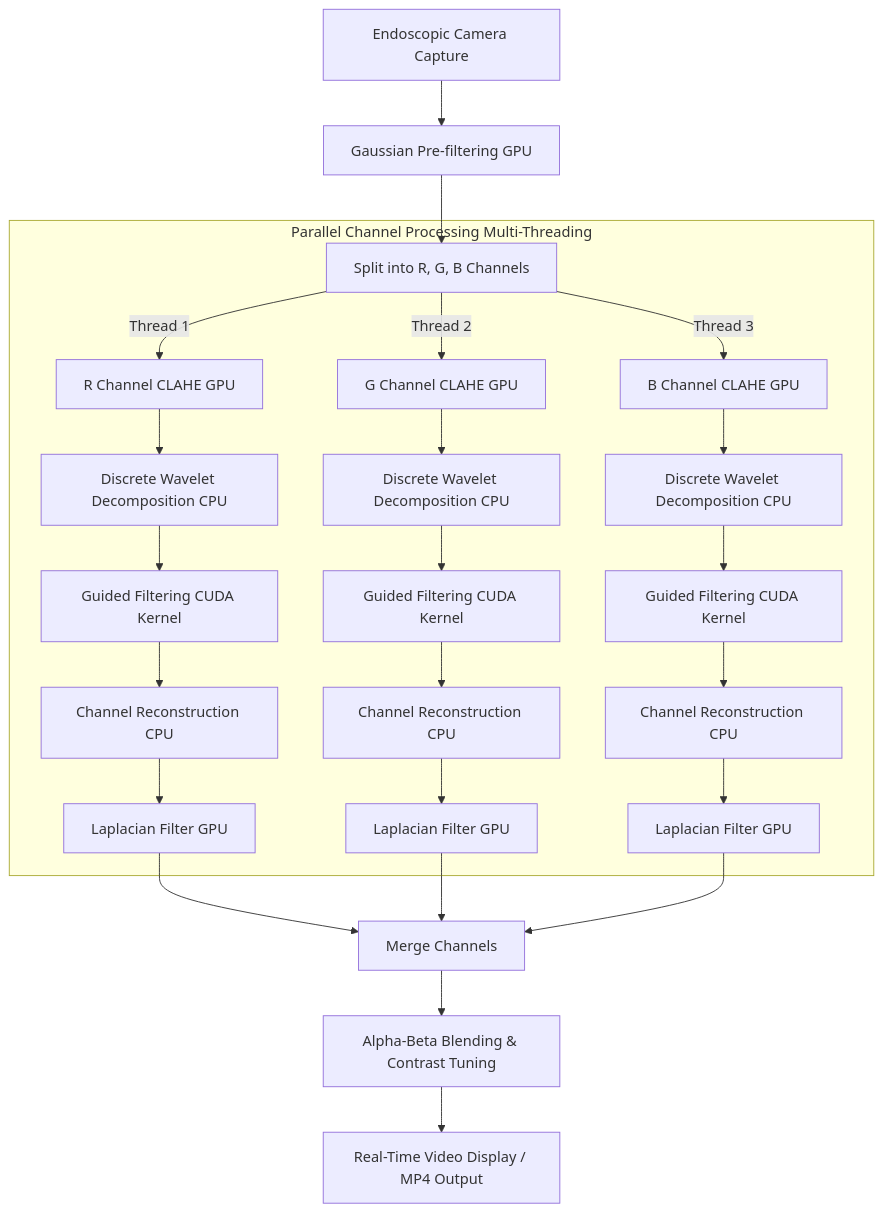
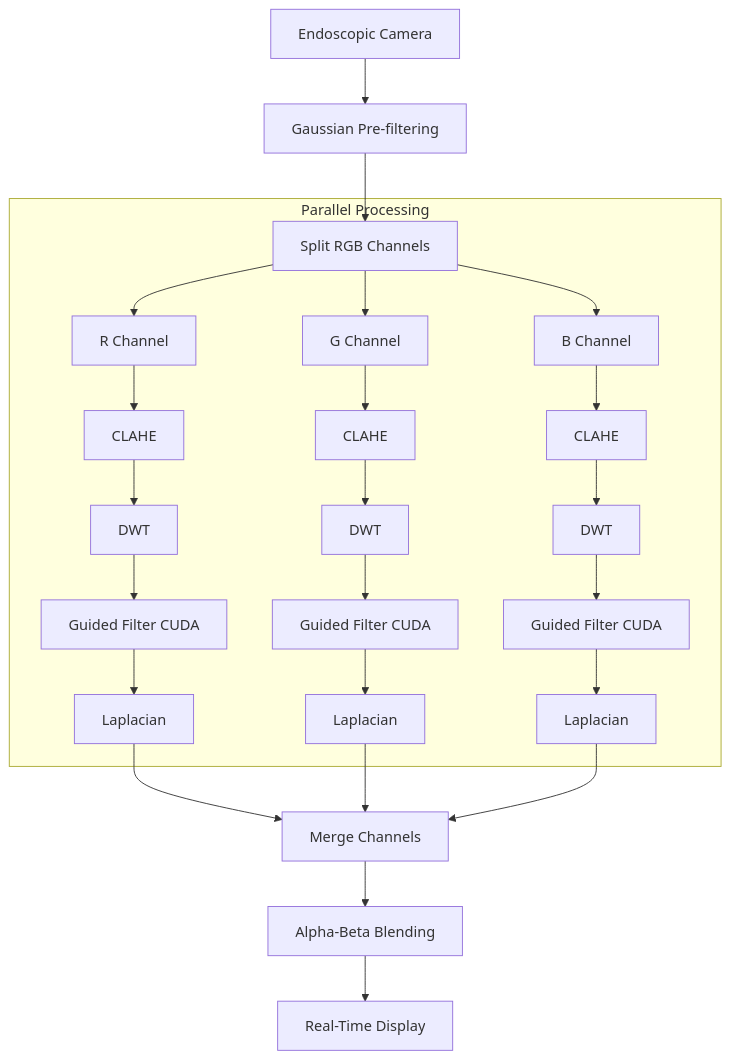
Before and after one commit to alvintsai7028-del/Endoscopic-Image-Enhancement-CUDA: the diagram in README.md, drawn with Mermaid. The commit also changed other lines of this file, not shown here.

````diff
--- a/README.md
+++ b/README.md
@@ -16,34 +51,40 @@
 ```mermaid
 graph TD
-    A[Endoscopic Camera Capture] --> B[Gaussian Pre-filtering GPU]
-    B --> C[Split into R, G, B Channels]
-    
-    subgraph Parallel Channel Processing Multi-Threading
-        C -->|Thread 1| D1[R Channel CLAHE GPU]
-        C -->|Thread 2| D2[G Channel CLAHE GPU]
-        C -->|Thread 3| D3[B Channel CLAHE GPU]
-        
-        D1 --> E1[Discrete Wavelet Decomposition CPU]
-        D2 --> E2[Discrete Wavelet Decomposition CPU]
-        D3 --> E3[Discrete Wavelet Decomposition CPU]
-        
-        E1 --> F1[Guided Filtering CUDA Kernel]
-        E2 --> F2[Guided Filtering CUDA Kernel]
-        E3 --> F3[Guided Filtering CUDA Kernel]
-        
-        F1 --> G1[Channel Reconstruction CPU]
-        F2 --> G2[Channel Reconstruction CPU]
-        F3 --> G3[Channel Reconstruction CPU]
-        
-        G1 --> H1[Laplacian Filter GPU]
-        G2 --> H2[Laplacian Filter GPU]
-        G3 --> H3[Laplacian Filter GPU]
-    end
-    
-    H1 --> I[Merge Channels]
-    H2 --> I
-    H3 --> I
-    
-    I --> J[Alpha-Beta Blending & Contrast Tuning]
-    J --> K[Real-Time Video Display / MP4 Output]
+
+A[Endoscopic Camera]
+-->B[Gaussian Pre-filtering]
+
+B-->C[Split RGB Channels]
+
+subgraph Parallel Processing
+
+C-->D1[R Channel]
+C-->D2[G Channel]
+C-->D3[B Channel]
+
+D1-->E1[CLAHE]
+D2-->E2[CLAHE]
+D3-->E3[CLAHE]
+
+E1-->F1[DWT]
+E2-->F2[DWT]
+E3-->F3[DWT]
+
+F1-->G1[Guided Filter CUDA]
+F2-->G2[Guided Filter CUDA]
+F3-->G3[Guided Filter CUDA]
+
+G1-->H1[Laplacian]
+G2-->H2[Laplacian]
+G3-->H3[Laplacian]
+
+end
+
+H1-->I[Merge Channels]
+H2-->I
+H3-->I
+
+I-->J[Alpha-Beta Blending]
+
+J-->K[Real-Time Display]
 ```
````
